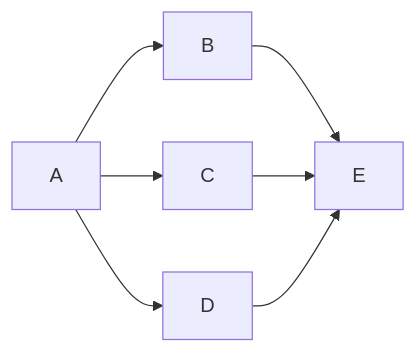
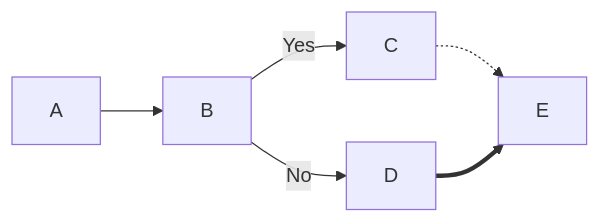
Before and after one commit to basidiocarp/lamella: the third of 7 diagrams in resources/skills/tools/mermaid-diagrams/references/flowcharts.md, drawn with Mermaid. The commit also changed other lines of this file and 1251 other files, not shown here.

````diff
--- a/resources/skills/tools/mermaid-diagrams/references/flowcharts.md
+++ b/resources/skills/tools/mermaid-diagrams/references/flowcharts.md
@@ -133,5 +35,8 @@
 ```mermaid
 flowchart LR
-    A --> B & C & D
-    B & C & D --> E
+  A --> B
+  B -->|Yes| C
+  B -->|No| D
+  C -.-> E
+  D ==> E
 ```
````
